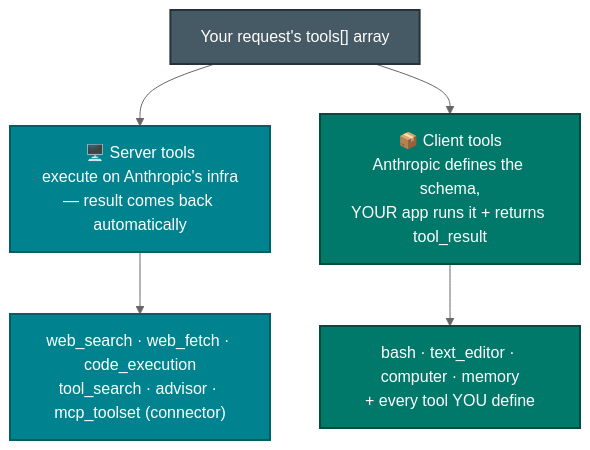
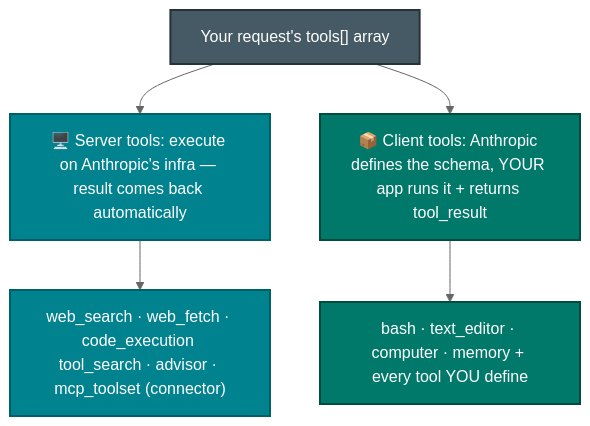
Before and after one commit to parmar-m/claude-architect-certification-prep: the sixth of 6 diagrams in CCA-F/domains/d2-tool-design-mcp.md, drawn with Mermaid (neutral theme). The commit also changed other lines of this file and 25 other files, not shown here.

````diff
--- a/CCA-F/domains/d2-tool-design-mcp.md
+++ b/CCA-F/domains/d2-tool-design-mcp.md
@@ -295,13 +301,13 @@
 ```mermaid
 flowchart TD
-    REQ["Your request's tools[] array"] --> SRV["🖥️ Server tools<br/>execute on Anthropic's infra<br/>— result comes back automatically"]
-    REQ --> CLI["📦 Client tools<br/>Anthropic defines the schema,<br/>YOUR app runs it + returns tool_result"]
-    SRV --> SRVE["web_search · web_fetch · code_execution<br/>tool_search · advisor · mcp_toolset (connector)"]
-    CLI --> CLIE["bash · text_editor · computer · memory<br/>+ every tool YOU define"]
+    REQ["Your request's tools[] array"] --> SRV["🖥️ Server tools: execute on Anthropic's infra — result comes back automatically"]
+    REQ --> CLI["📦 Client tools: Anthropic defines the schema, YOUR app runs it + returns tool_result"]
+    SRV --> SRVE["web_search · web_fetch · code_execution tool_search · advisor · mcp_toolset (connector)"]
+    CLI --> CLIE["bash · text_editor · computer · memory + every tool YOU define"]
     classDef srv fill:#00838F,color:#fff,stroke:#006064,stroke-width:2px
     classDef cli fill:#00796B,color:#fff,stroke:#004D40,stroke-width:2px
     classDef n fill:#455A64,color:#fff,stroke:#263238,stroke-width:2px
     class SRV,SRVE srv
     class CLI,CLIE cli
     class REQ n
 ```
````
